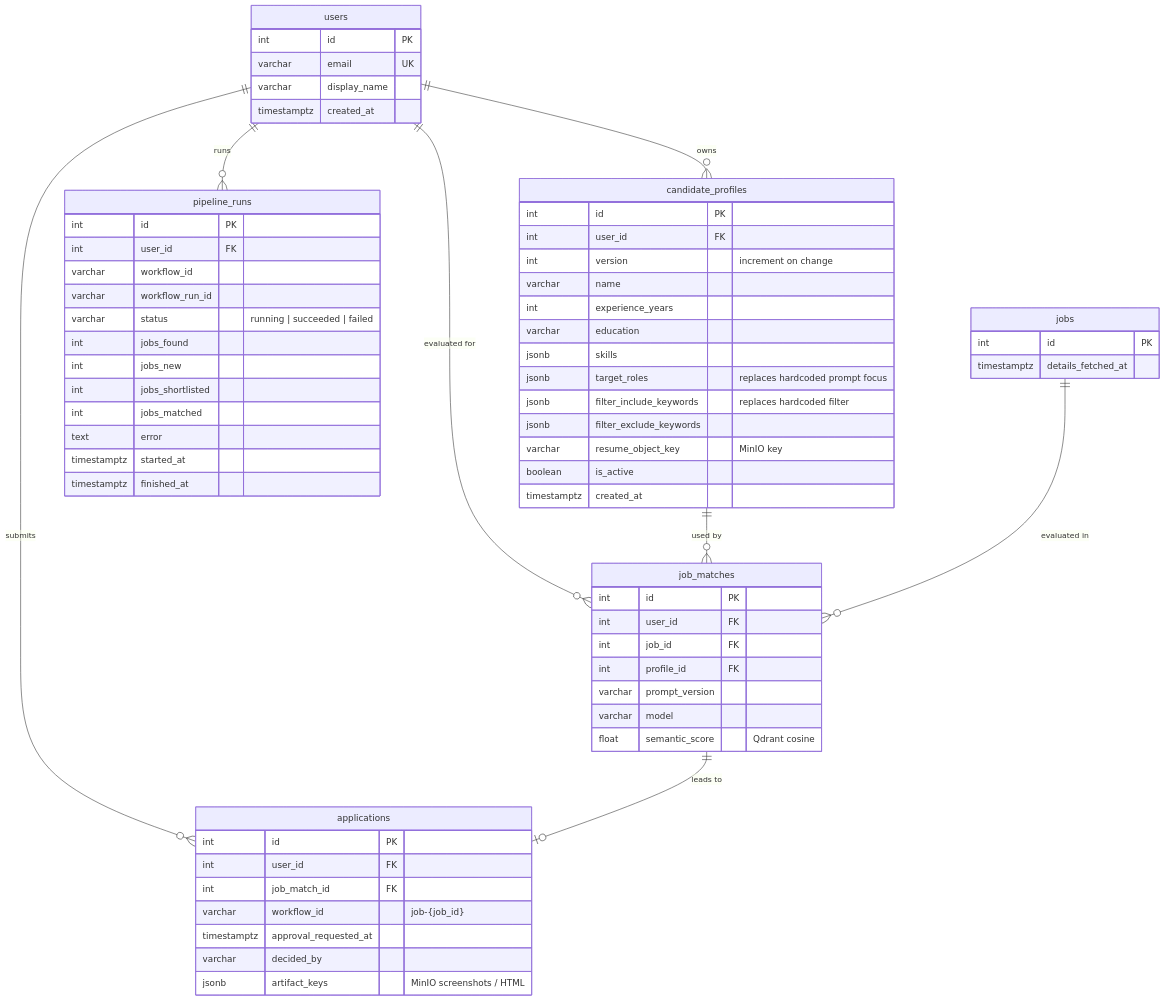
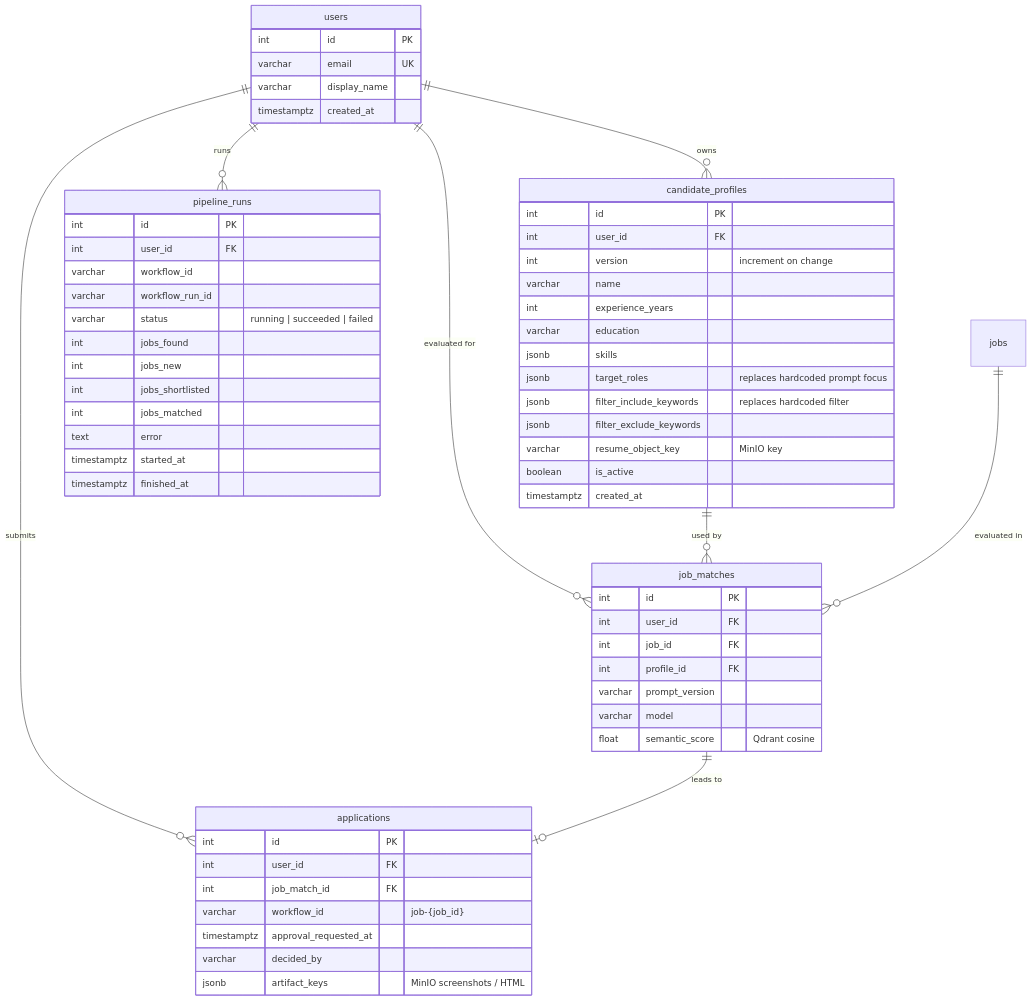
The second of 2 diagrams in docs/04-data-model.md (dhiraj849/Job_assistent), drawn with Mermaid before and after one commit. The commit also changed other lines of this file and 6 other files, not shown here.

````diff
--- a/docs/04-data-model.md
+++ b/docs/04-data-model.md
@@ -158,68 +168,64 @@
 ```mermaid
 erDiagram
     users ||--o{ candidate_profiles : owns
     users ||--o{ job_matches : "evaluated for"
     users ||--o{ applications : submits
     users ||--o{ pipeline_runs : runs
     candidate_profiles ||--o{ job_matches : "used by"
     jobs ||--o{ job_matches : "evaluated in"
     job_matches ||--o| applications : "leads to"
 
     users {
         int id PK
         varchar email UK
         varchar display_name
         timestamptz created_at
     }
     candidate_profiles {
         int id PK
         int user_id FK
         int version "increment on change"
         varchar name
         int experience_years
         varchar education
         jsonb skills
         jsonb target_roles "replaces hardcoded prompt focus"
         jsonb filter_include_keywords "replaces hardcoded filter"
         jsonb filter_exclude_keywords
         varchar resume_object_key "MinIO key"
         boolean is_active
         timestamptz created_at
-    }
-    jobs {
-        int id PK
-        timestamptz details_fetched_at
     }
     job_matches {
         int id PK
         int user_id FK
         int job_id FK
         int profile_id FK
         varchar prompt_version
         varchar model
         float semantic_score "Qdrant cosine"
     }
     applications {
         int id PK
         int user_id FK
         int job_match_id FK
         varchar workflow_id "job-{job_id}"
         timestamptz approval_requested_at
         varchar decided_by
         jsonb artifact_keys "MinIO screenshots / HTML"
     }
     pipeline_runs {
         int id PK
         int user_id FK
         varchar workflow_id
         varchar workflow_run_id
         varchar status "running | succeeded | failed"
         int jobs_found
         int jobs_new
         int jobs_shortlisted
         int jobs_matched
         text error
         timestamptz started_at
         timestamptz finished_at
     }
 ```
````
